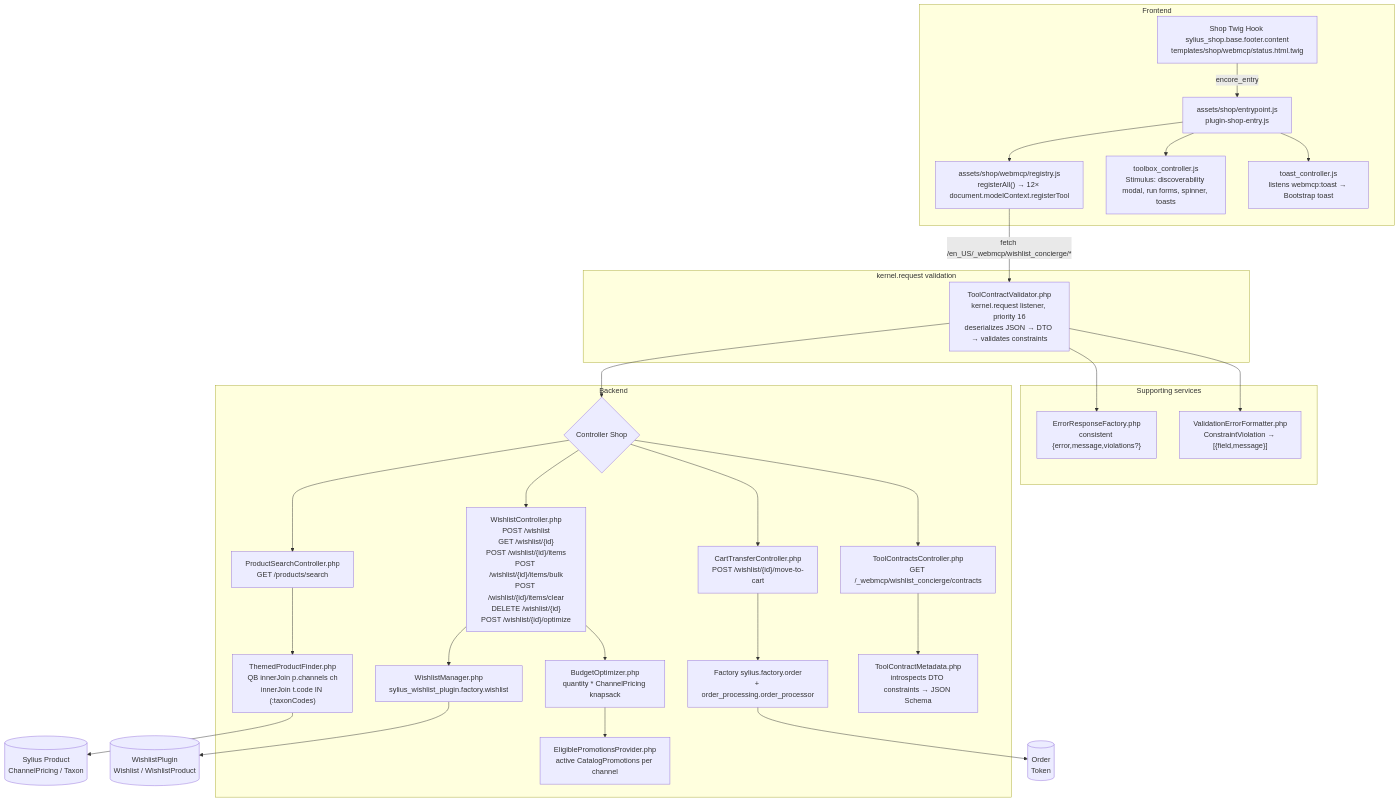
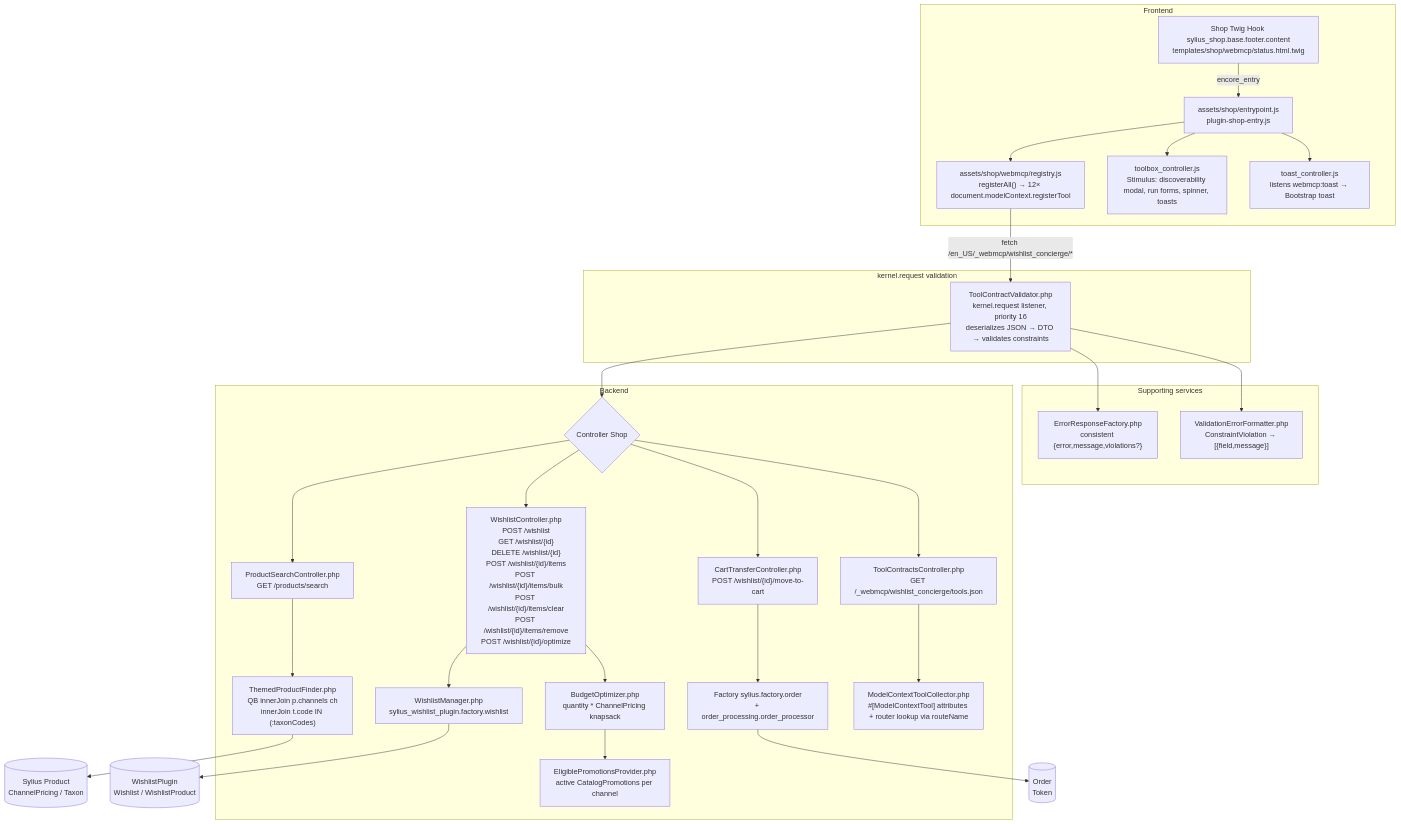
One commit to bitExpert/sylius-wishlist-concierge changed the diagram in README.md. Above: the diagram before and after it, drawn with Mermaid. The commit also changed other lines of this file and 16 other files, not shown here.

````diff
--- a/README.md
+++ b/README.md
@@ -46,40 +46,40 @@
 ```mermaid
 graph TD
    subgraph Frontend
       Shop["Shop Twig Hook sylius_shop.base.footer.content<br/>templates/shop/webmcp/status.html.twig"]
       Shop -->|encore_entry| Entry["assets/shop/entrypoint.js<br/>plugin-shop-entry.js"]
       Entry --> Registry["assets/shop/webmcp/registry.js<br/>registerAll() → 12× document.modelContext.registerTool"]
       Entry --> Toolbox["toolbox_controller.js<br/>Stimulus: discoverability modal, run forms, spinner, toasts"]
       Entry --> Toast["toast_controller.js<br/>listens webmcp:toast → Bootstrap toast"]
    end
 
    subgraph Kernel["kernel.request validation"]
       TCV["ToolContractValidator.php<br/>kernel.request listener, priority 16<br/>deserializes JSON → DTO → validates constraints"]
    end
 
    subgraph Backend
       Registry -->|fetch /en_US/_webmcp/wishlist_concierge/*| TCV
       TCV --> Ctrl{"Controller Shop"}
       Ctrl --> PS["ProductSearchController.php<br/>GET /products/search"]
-      Ctrl --> WL["WishlistController.php<br/>POST /wishlist<br/>GET /wishlist/{id}<br/>POST /wishlist/{id}/items<br/>POST /wishlist/{id}/items/bulk<br/>POST /wishlist/{id}/items/clear<br/>DELETE /wishlist/{id}<br/>POST /wishlist/{id}/optimize"]
+      Ctrl --> WL["WishlistController.php<br/>POST /wishlist<br/>GET /wishlist/{id}<br/>DELETE /wishlist/{id}<br/>POST /wishlist/{id}/items<br/>POST /wishlist/{id}/items/bulk<br/>POST /wishlist/{id}/items/clear<br/>POST /wishlist/{id}/items/remove<br/>POST /wishlist/{id}/optimize"]
       Ctrl --> CT["CartTransferController.php<br/>POST /wishlist/{id}/move-to-cart"]
-      Ctrl --> TC["ToolContractsController.php<br/>GET /_webmcp/wishlist_concierge/contracts"]
+      Ctrl --> TC["ToolContractsController.php<br/>GET /_webmcp/wishlist_concierge/tools.json"]
       PS --> TF["ThemedProductFinder.php<br/>QB innerJoin p.channels ch<br/>innerJoin t.code IN (:taxonCodes)"]
       WL --> WM["WishlistManager.php<br/>sylius_wishlist_plugin.factory.wishlist"]
       WL --> BO["BudgetOptimizer.php<br/>quantity * ChannelPricing knapsack"]
       BO --> EP["EligiblePromotionsProvider.php<br/>active CatalogPromotions per channel"]
       CT --> OF["Factory sylius.factory.order<br/>+ order_processing.order_processor"]
-      TC --> TM["ToolContractMetadata.php<br/>introspects DTO constraints → JSON Schema"]
+      TC --> MC["ModelContextToolCollector.php<br/>#[ModelContextTool] attributes + router lookup via routeName"]
    end
 
    subgraph Supporting["Supporting services"]
       EF["ErrorResponseFactory.php<br/>consistent {error,message,violations?}"]
       VF["ValidationErrorFormatter.php<br/>ConstraintViolation → [{field,message}]"]
       TCV --> EF
       TCV --> VF
    end
 
    TF --> Prod[("Sylius Product<br/>ChannelPricing / Taxon")]
    WM --> WLDB[("WishlistPlugin<br/>Wishlist / WishlistProduct")]
    OF --> Cart[("Order<br/>Token")]
 ```
````
